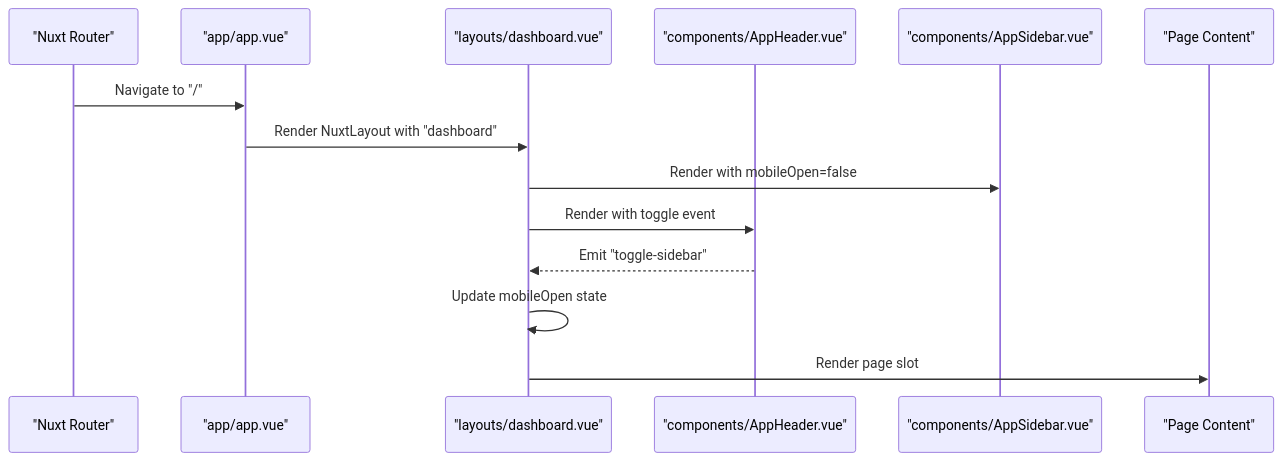
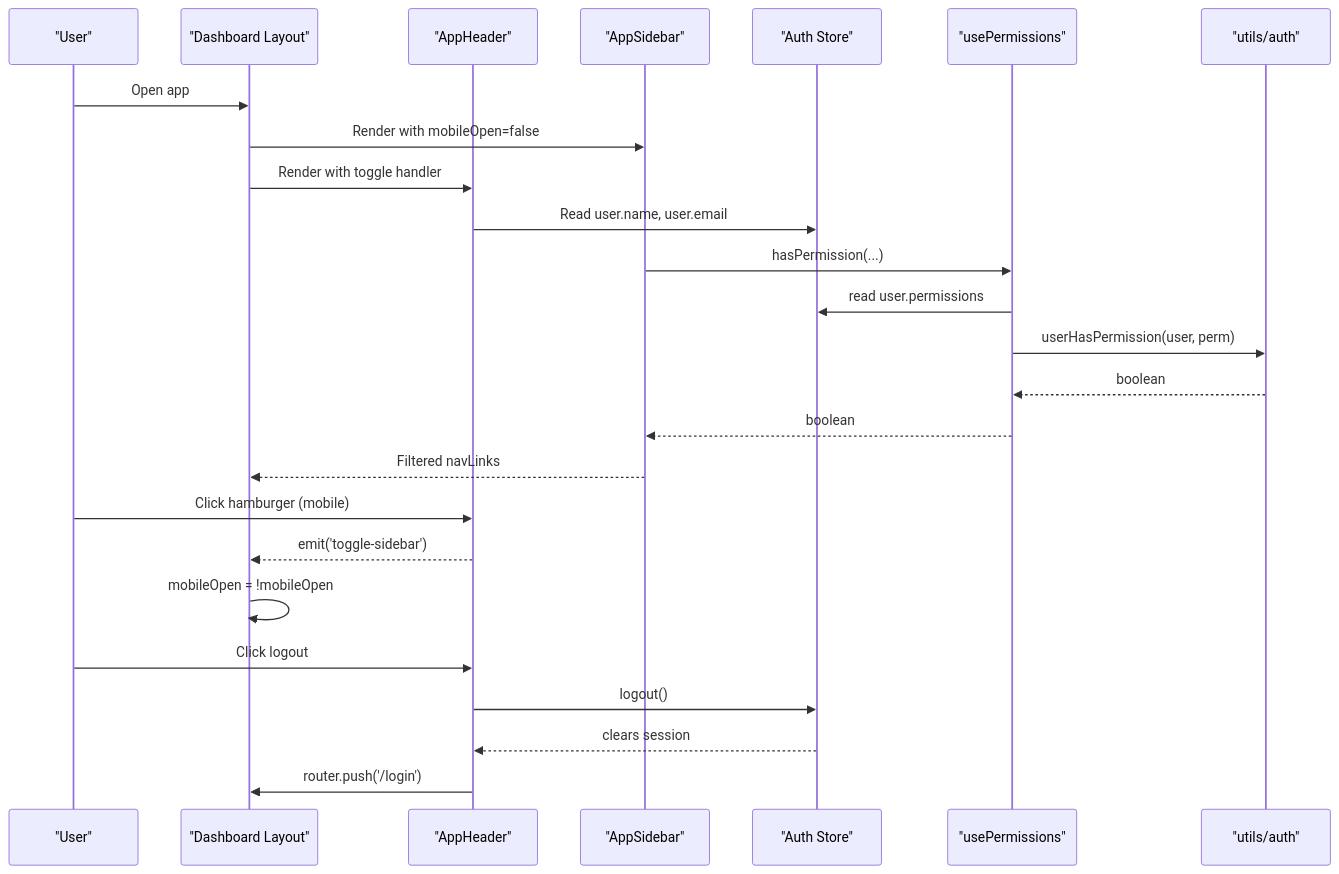
Before and after one commit to Lazynerd-Studios/lacarte-atlas-console: the second of 4 diagrams in .qoder/repowiki/en/content/Core UI Components/Layout Components.md, drawn with Mermaid. The commit also changed other lines of this file and 139 other files, not shown here.

````diff
--- a/.qoder/repowiki/en/content/Core UI Components/Layout Components.md
+++ b/.qoder/repowiki/en/content/Core UI Components/Layout Components.md
@@ -90,16 +105,27 @@
 ```mermaid
 sequenceDiagram
-participant Router as "Nuxt Router"
-participant App as "app/app.vue"
-participant Layout as "layouts/dashboard.vue"
-participant Header as "components/AppHeader.vue"
-participant Sidebar as "components/AppSidebar.vue"
-participant Page as "Page Content"
-Router->>App : Navigate to "/"
-App->>Layout : Render NuxtLayout with "dashboard"
+participant User as "User"
+participant Layout as "Dashboard Layout"
+participant Header as "AppHeader"
+participant Sidebar as "AppSidebar"
+participant Store as "Auth Store"
+participant Perm as "usePermissions"
+participant Utils as "utils/auth"
+User->>Layout : Open app
 Layout->>Sidebar : Render with mobileOpen=false
-Layout->>Header : Render with toggle event
-Header-->>Layout : Emit "toggle-sidebar"
-Layout->>Layout : Update mobileOpen state
-Layout->>Page : Render page slot
+Layout->>Header : Render with toggle handler
+Header->>Store : Read user.name, user.email
+Sidebar->>Perm : hasPermission(...)
+Perm->>Store : read user.permissions
+Perm->>Utils : userHasPermission(user, perm)
+Utils-->>Perm : boolean
+Perm-->>Sidebar : boolean
+Sidebar-->>Layout : Filtered navLinks
+User->>Header : Click hamburger (mobile)
+Header-->>Layout : emit('toggle-sidebar')
+Layout->>Layout : mobileOpen = !mobileOpen
+User->>Header : Click logout
+Header->>Store : logout()
+Store-->>Header : clears session
+Header->>Layout : router.push('/login')
 ```
````
